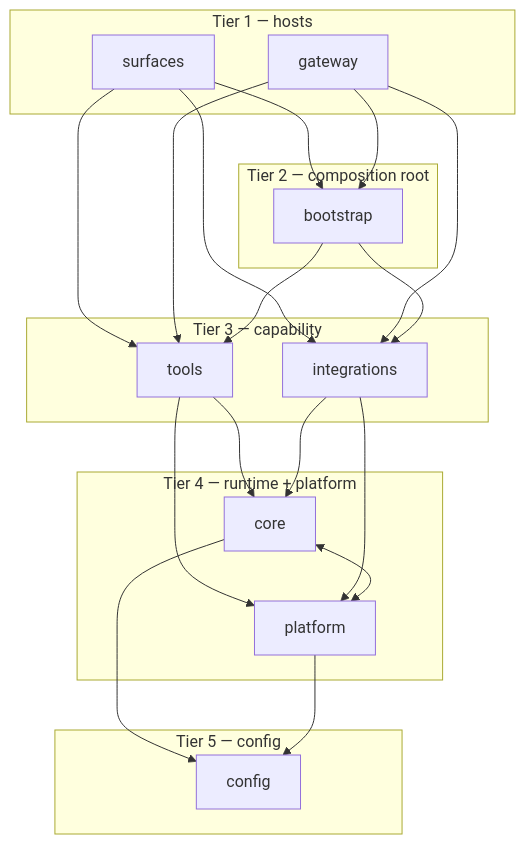
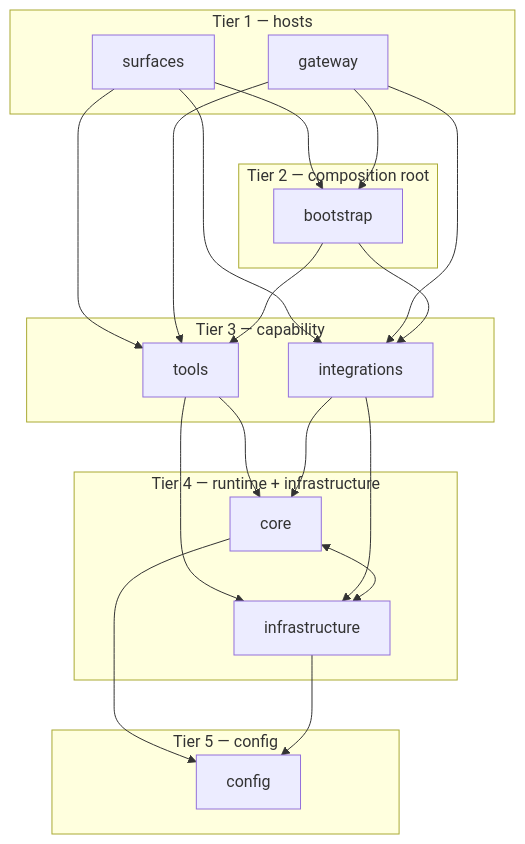
One commit to Tracer-Cloud/open-sre-agent changed the first of 3 diagrams in docs/ARCHITECTURE.md. Above: the diagram before and after it, drawn with Mermaid. The commit also changed other lines of this file and 21 other files, not shown here.

````diff
--- a/docs/ARCHITECTURE.md
+++ b/docs/ARCHITECTURE.md
@@ -27,40 +27,40 @@
 ```mermaid
 flowchart TD
     subgraph T1["Tier 1 — hosts"]
         SURFACES[surfaces]
         GATEWAY[gateway]
     end
     subgraph T2["Tier 2 — composition root"]
         BOOT[bootstrap]
     end
     subgraph T3["Tier 3 — capability"]
         TOOLS[tools]
         INTEGRATIONS[integrations]
     end
-    subgraph T4["Tier 4 — runtime + platform"]
+    subgraph T4["Tier 4 — runtime + infrastructure"]
         CORE[core]
-        PLATFORM[platform]
+        PLATFORM[infrastructure]
     end
     subgraph T5["Tier 5 — config"]
         CONFIG[config]
     end
 
     SURFACES --> BOOT
     GATEWAY --> BOOT
     SURFACES --> TOOLS
     SURFACES --> INTEGRATIONS
     GATEWAY --> TOOLS
     GATEWAY --> INTEGRATIONS
     BOOT --> TOOLS
     BOOT --> INTEGRATIONS
 
     TOOLS --> CORE
     TOOLS --> PLATFORM
     INTEGRATIONS --> CORE
     INTEGRATIONS --> PLATFORM
 
     CORE <--> PLATFORM
 
     CORE --> CONFIG
     PLATFORM --> CONFIG
 ```
````
